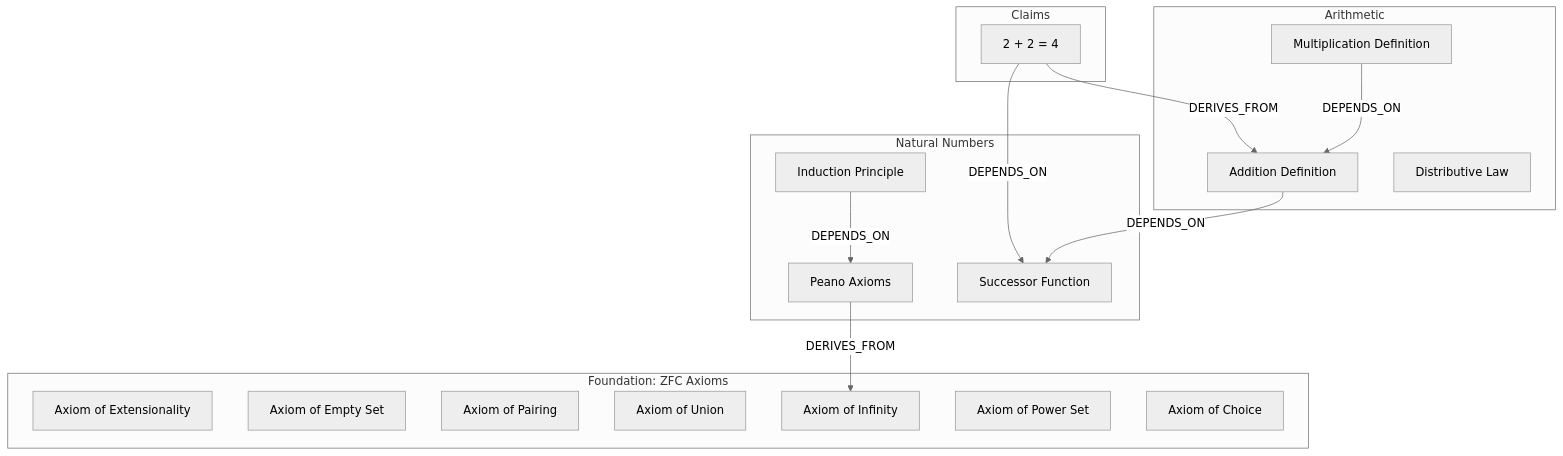
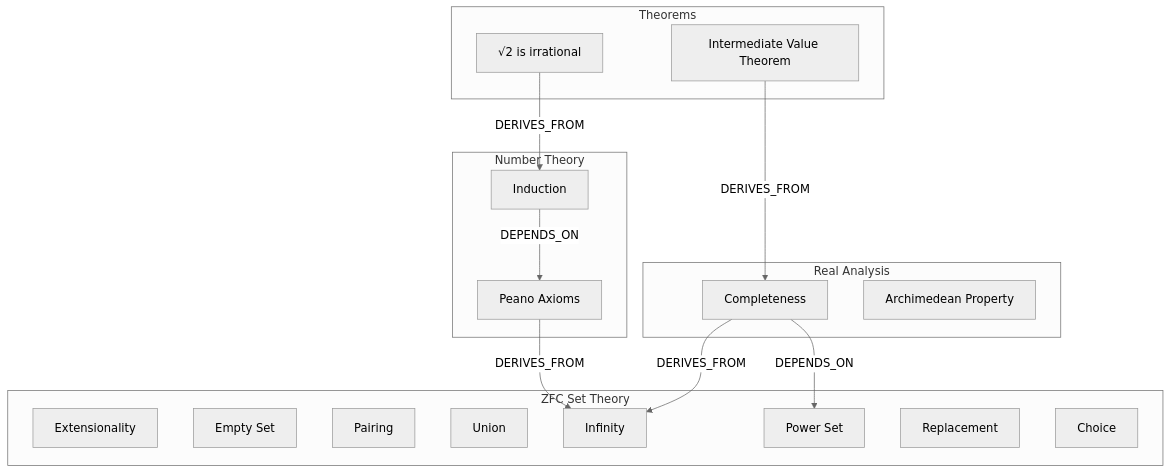
Before and after one commit to mattyv/axiom: the fourth of 6 diagrams in docs/whitepaper/axiom-grounded-truth-for-llms.md, drawn with Mermaid (neutral theme). The commit also changed other lines of this file, not shown here.

First line of the commit message:
Revise whitepaper to focus on generic axiom composition principles

````diff
--- a/docs/whitepaper/axiom-grounded-truth-for-llms.md
+++ b/docs/whitepaper/axiom-grounded-truth-for-llms.md
@@ -752,35 +363,35 @@
 ```mermaid
 graph TB
-    subgraph "Foundation: ZFC Axioms"
-        ZFC1[Axiom of Extensionality]
-        ZFC2[Axiom of Empty Set]
-        ZFC3[Axiom of Pairing]
-        ZFC4[Axiom of Union]
-        ZFC5[Axiom of Infinity]
-        ZFC6[Axiom of Power Set]
-        ZFC7[Axiom of Choice]
+    subgraph "ZFC Set Theory"
+        Z1[Extensionality]
+        Z2[Empty Set]
+        Z3[Pairing]
+        Z4[Union]
+        Z5[Infinity]
+        Z6[Power Set]
+        Z7[Replacement]
+        Z8[Choice]
     end
 
-    subgraph "Natural Numbers"
+    subgraph "Number Theory"
         N1[Peano Axioms]
-        N2[Induction Principle]
-        N3[Successor Function]
+        N2[Induction]
     end
 
-    subgraph "Arithmetic"
-        A1[Addition Definition]
-        A2[Multiplication Definition]
-        A3[Distributive Law]
+    subgraph "Real Analysis"
+        R1[Completeness]
+        R2[Archimedean Property]
     end
 
-    subgraph "Claims"
-        C1["2 + 2 = 4"]
+    subgraph "Theorems"
+        T1["√2 is irrational"]
+        T2[Intermediate Value Theorem]
     end
 
-    N1 -->|DERIVES_FROM| ZFC5
+    N1 -->|DERIVES_FROM| Z5
     N2 -->|DEPENDS_ON| N1
-    A1 -->|DEPENDS_ON| N3
-    A2 -->|DEPENDS_ON| A1
-    C1 -->|DERIVES_FROM| A1
-    C1 -->|DEPENDS_ON| N3
+    R1 -->|DERIVES_FROM| Z5
+    R1 -->|DEPENDS_ON| Z6
+    T1 -->|DERIVES_FROM| N2
+    T2 -->|DERIVES_FROM| R1
 ```
````
